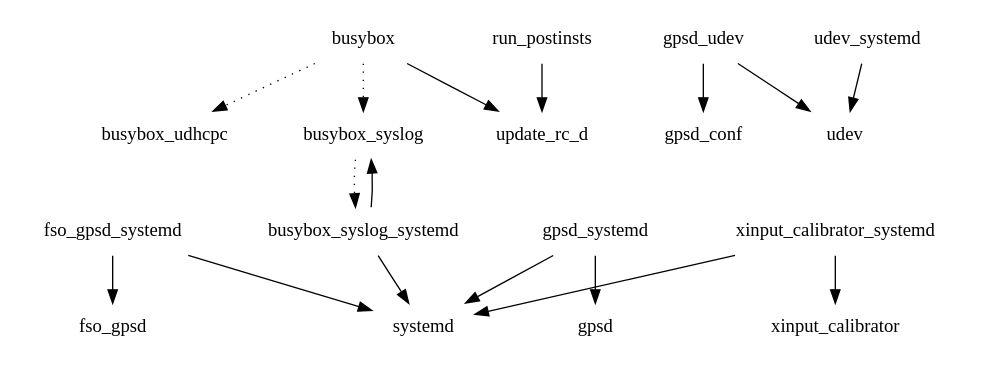
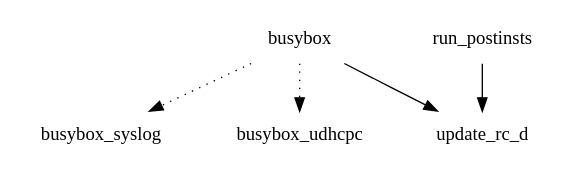
One commit to shr-distribution/buildhistory-old changed the diagram in images/crespo/eglibc/chroot-image/depends-nokernel-nolibc.dot. Above: the diagram before and after it, drawn with Graphviz. The commit also changed 22 other files, not shown here.

```diff
--- a/images/crespo/eglibc/chroot-image/depends-nokernel-nolibc.dot
+++ b/images/crespo/eglibc/chroot-image/depends-nokernel-nolibc.dot
@@ -1,19 +1,7 @@
 digraph depends {
     node [shape=plaintext]
 busybox -> busybox_syslog [style=dotted];
 busybox -> busybox_udhcpc [style=dotted];
 busybox -> update_rc_d;
-busybox_syslog -> busybox_syslog_systemd [style=dotted];
-busybox_syslog_systemd -> busybox_syslog;
-busybox_syslog_systemd -> systemd;
-fso_gpsd_systemd -> fso_gpsd;
-fso_gpsd_systemd -> systemd;
-gpsd_systemd -> gpsd;
-gpsd_systemd -> systemd;
-gpsd_udev -> gpsd_conf;
-gpsd_udev -> udev;
 run_postinsts -> update_rc_d;
-udev_systemd -> udev;
-xinput_calibrator_systemd -> systemd;
-xinput_calibrator_systemd -> xinput_calibrator;
 }
```
